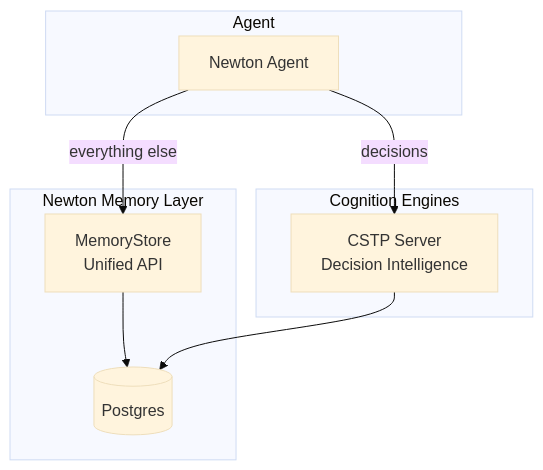
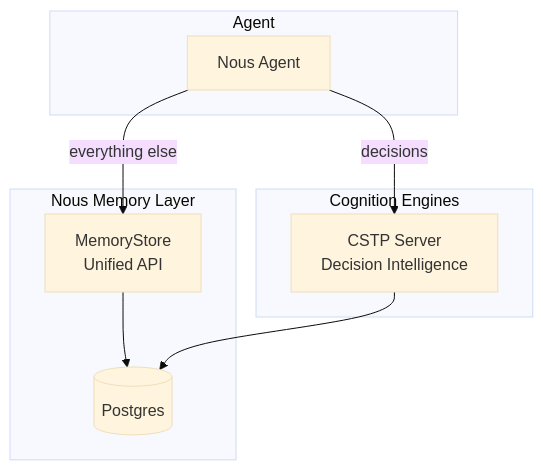
The diagram in docs/research/004-storage-architecture.md (tfatykhov/newton), drawn with Mermaid (base theme) before and after one commit. The commit also changed other lines of this file and 19 other files, not shown here.

First line of the commit message:
rename: Newton → Nous

````diff
--- a/docs/research/004-storage-architecture.md
+++ b/docs/research/004-storage-architecture.md
@@ -260,18 +260,18 @@
 ```mermaid
 graph TB
-    subgraph "Newton Memory Layer"
+    subgraph "Nous Memory Layer"
         MS[MemoryStore<br/>Unified API]
         MS --> PG[(Postgres)]
     end
     
     subgraph "Cognition Engines"
         CE[CSTP Server<br/>Decision Intelligence]
         CE --> PG
     end
     
     subgraph "Agent"
-        A[Newton Agent]
+        A[Nous Agent]
         A -->|decisions| CE
         A -->|everything else| MS
     end
 ```
````
